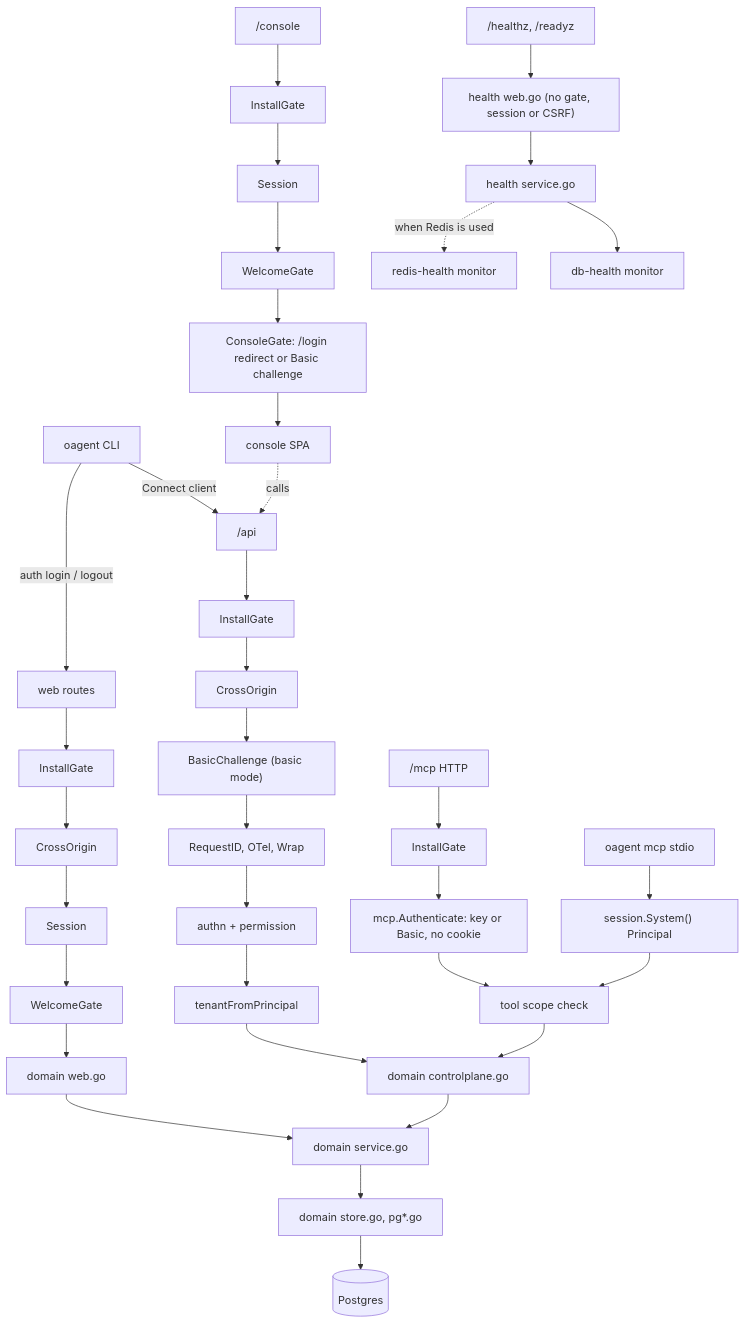
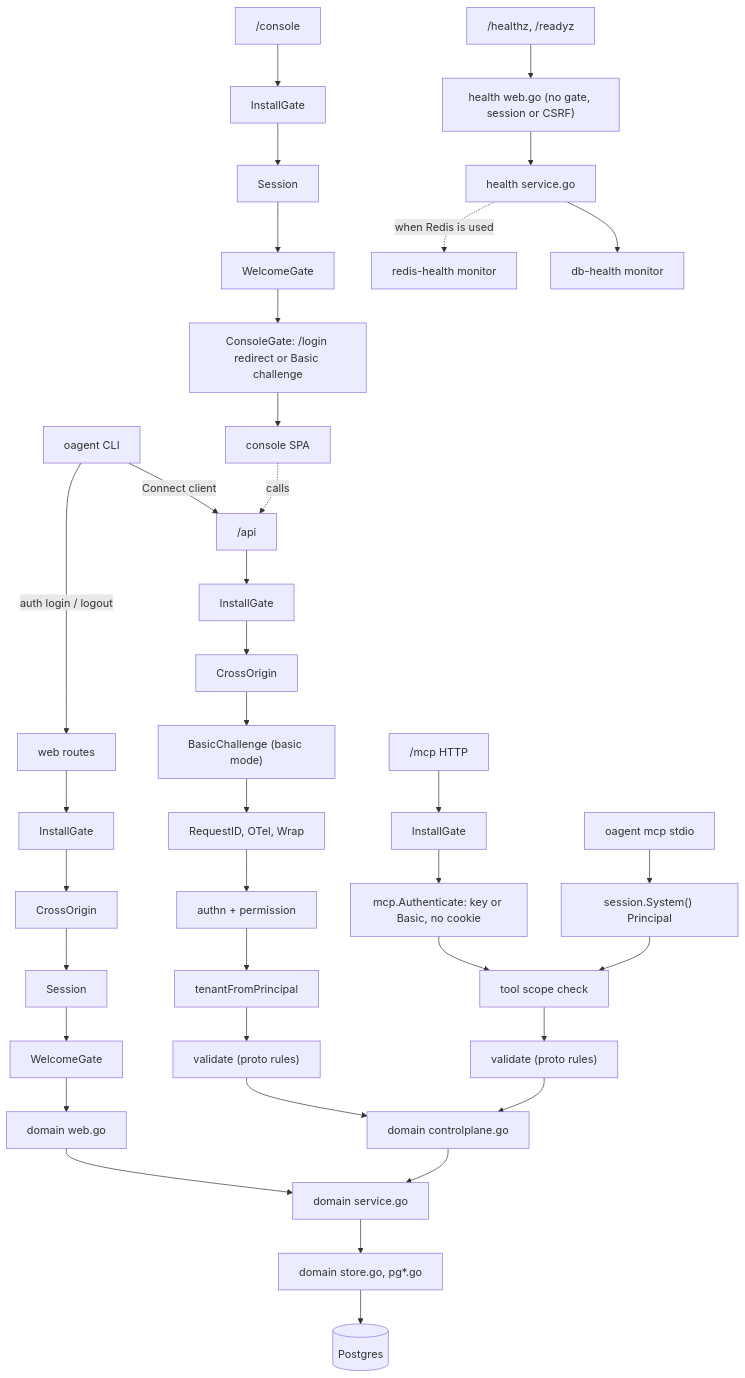
One commit to altalune-id/oagent changed the second of 3 diagrams in internal/boot/README.md. Above: the diagram before and after it, drawn with Mermaid. The commit also changed other lines of this file and 53 other files, not shown here.

Commit message:
feat(api): validate every request against its proto rules on the API and MCP

````diff
--- a/internal/boot/README.md
+++ b/internal/boot/README.md
@@ -45,17 +45,17 @@
 ```mermaid
 flowchart TD
     CLI["oagent CLI"] -- Connect client --> API
     CLI -- "auth login / logout" --> WEB
-    API["/api"] --> G1[InstallGate] --> C1[CrossOrigin] --> B1["BasicChallenge (basic mode)"] --> I1["RequestID, OTel, Wrap"] --> I2["authn + permission"] --> I3[tenantFromPrincipal] --> DC
+    API["/api"] --> G1[InstallGate] --> C1[CrossOrigin] --> B1["BasicChallenge (basic mode)"] --> I1["RequestID, OTel, Wrap"] --> I2["authn + permission"] --> I3[tenantFromPrincipal] --> V1["validate (proto rules)"] --> DC
     WEB["web routes"] --> G2[InstallGate] --> C2[CrossOrigin] --> S2[Session] --> W2[WelcomeGate] --> DW
     CON["/console"] --> G3[InstallGate] --> S3[Session] --> W3[WelcomeGate] --> CG3["ConsoleGate: /login redirect or Basic challenge"] --> SPA[console SPA]
     SPA -. calls .-> API
-    MCPH["/mcp HTTP"] --> G4[InstallGate] --> A4["mcp.Authenticate: key or Basic, no cookie"] --> T4["tool scope check"] --> DC
+    MCPH["/mcp HTTP"] --> G4[InstallGate] --> A4["mcp.Authenticate: key or Basic, no cookie"] --> T4["tool scope check"] --> V4["validate (proto rules)"] --> DC
     MCPS["oagent mcp stdio"] --> SYS["session.System() Principal"] --> T4
     LB["/healthz, /readyz"] --> HW["health web.go (no gate, session or CSRF)"] --> HS["health service.go"] --> DBH["db-health monitor"]
     HS -. "when Redis is used" .-> RDH["redis-health monitor"]
 
     DC["domain controlplane.go"] --> SVC["domain service.go"]
     DW["domain web.go"] --> SVC
     SVC --> ST["domain store.go, pg*.go"] --> PG[(Postgres)]
 ```
````
